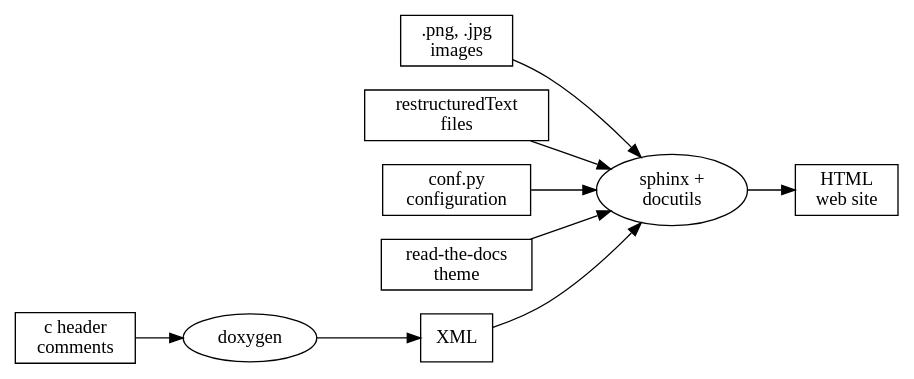
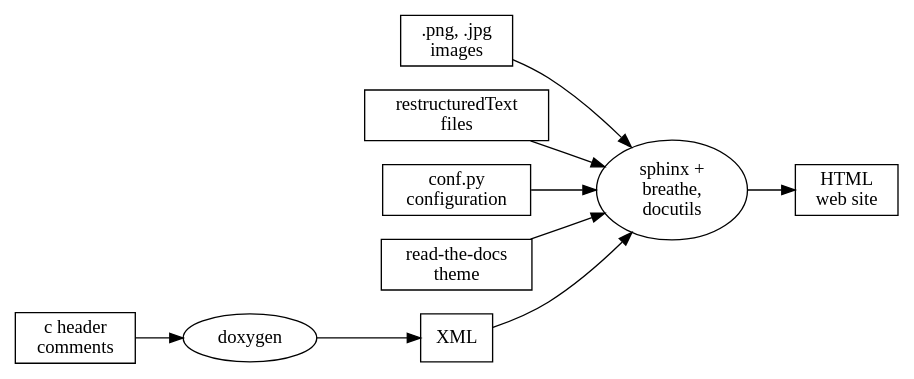
Before and after one commit to RyNo-Design/zmk-config-MicroGaming: the diagram in zephyr/doc/contribute/documentation/generation.rst, drawn with Graphviz. The commit also changed other lines of this file and 42554 other files, not shown here.

```diff
--- a/zephyr/doc/contribute/documentation/generation.rst
+++ b/zephyr/doc/contribute/documentation/generation.rst
@@ -42,23 +42,23 @@
 .. graphviz::
    :caption: Schematic of the documentation build process
 
    digraph {
       rankdir=LR
 
       images [shape="rectangle" label=".png, .jpg\nimages"]
       rst [shape="rectangle" label="restructuredText\nfiles"]
       conf [shape="rectangle" label="conf.py\nconfiguration"]
       rtd [shape="rectangle" label="read-the-docs\ntheme"]
       header [shape="rectangle" label="c header\ncomments"]
       xml [shape="rectangle" label="XML"]
       html [shape="rectangle" label="HTML\nweb site"]
-      sphinx[shape="ellipse" label="sphinx +\ndocutils"]
+      sphinx[shape="ellipse" label="sphinx +\nbreathe,\ndocutils"]
       images -> sphinx
       rst -> sphinx
       conf -> sphinx
       header -> doxygen
       doxygen -> xml
       xml-> sphinx
       rtd -> sphinx
       sphinx -> html
    }
```
